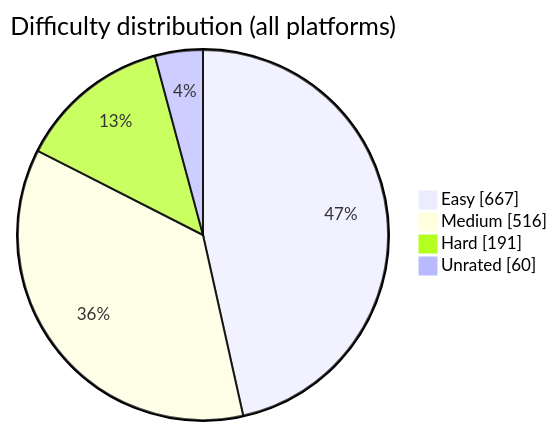
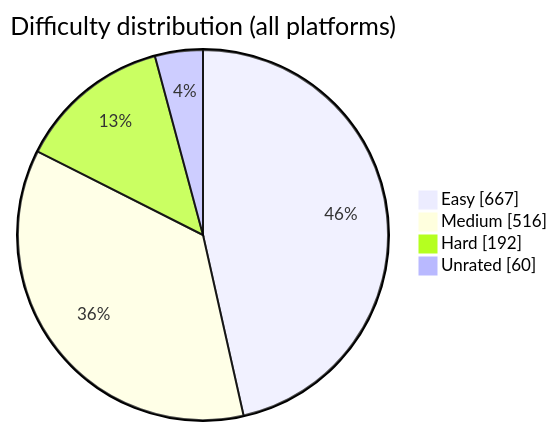
One commit to BuildbyArindam/Daily-Coding-Log changed the diagram in README.md. Above: the diagram before and after it, drawn with Mermaid. The commit also changed other lines of this file, not shown here.

````diff
--- a/README.md
+++ b/README.md
@@ -93,7 +93,7 @@
 ```mermaid
 pie showData title Difficulty distribution (all platforms)
     "Easy" : 667
     "Medium" : 516
-    "Hard" : 191
+    "Hard" : 192
     "Unrated" : 60
 ```
````
